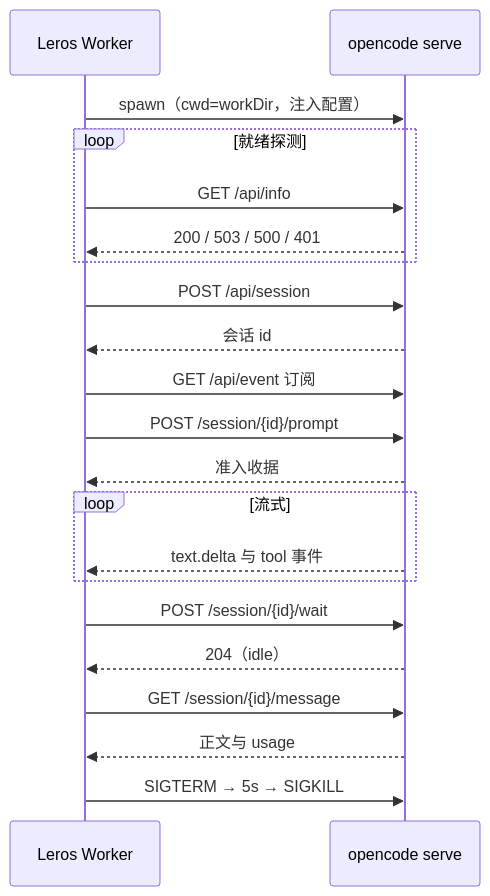
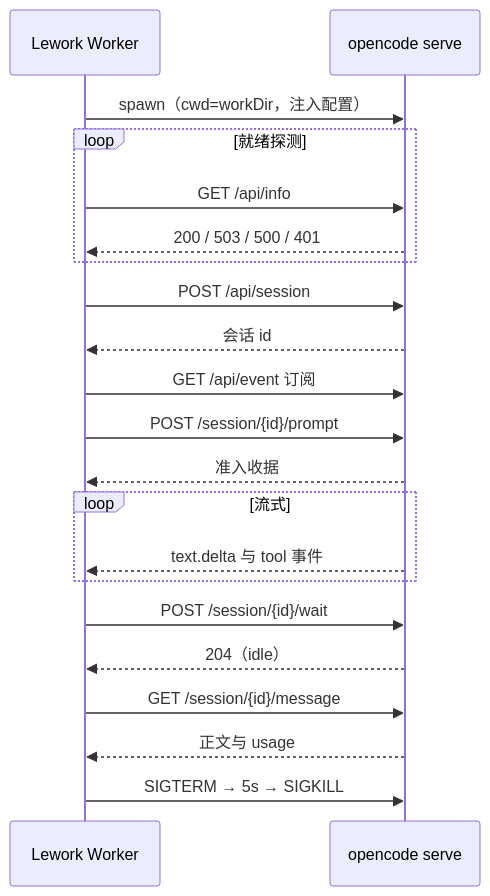
Before and after one commit to insmtx/Lework: the second of 2 diagrams in docs/design/2026-10-27-opencode-v2-runtime-migration-design.md, drawn with Mermaid. The commit also changed other lines of this file and 1042 other files, not shown here.

First line of the commit message:
refactor: 将项目标识从 leros 统一更名为 lework (#452)

````diff
--- a/docs/design/2026-10-27-opencode-v2-runtime-migration-design.md
+++ b/docs/design/2026-10-27-opencode-v2-runtime-migration-design.md
@@ -312,23 +312,23 @@
 ```mermaid
 sequenceDiagram
-    participant W as Leros Worker
+    participant W as Lework Worker
     participant S as opencode serve
     W->>S: spawn（cwd=workDir，注入配置）
     loop 就绪探测
         W->>S: GET /api/info
         S-->>W: 200 / 503 / 500 / 401
     end
     W->>S: POST /api/session
     S-->>W: 会话 id
     W->>S: GET /api/event 订阅
     W->>S: POST /session/{id}/prompt
     S-->>W: 准入收据
     loop 流式
         S-->>W: text.delta 与 tool 事件
     end
     W->>S: POST /session/{id}/wait
     S-->>W: 204（idle）
     W->>S: GET /session/{id}/message
     S-->>W: 正文与 usage
     W->>S: SIGTERM → 5s → SIGKILL
 ```
````
